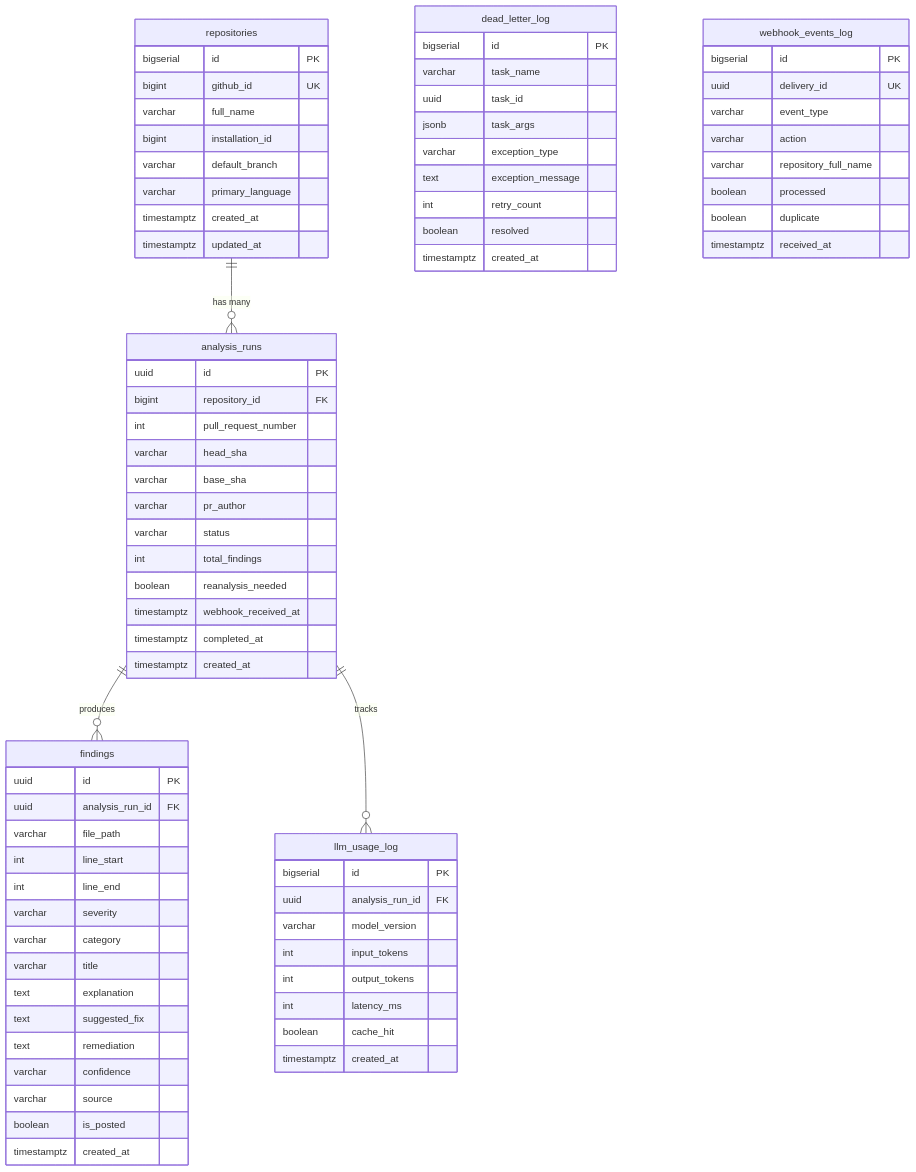
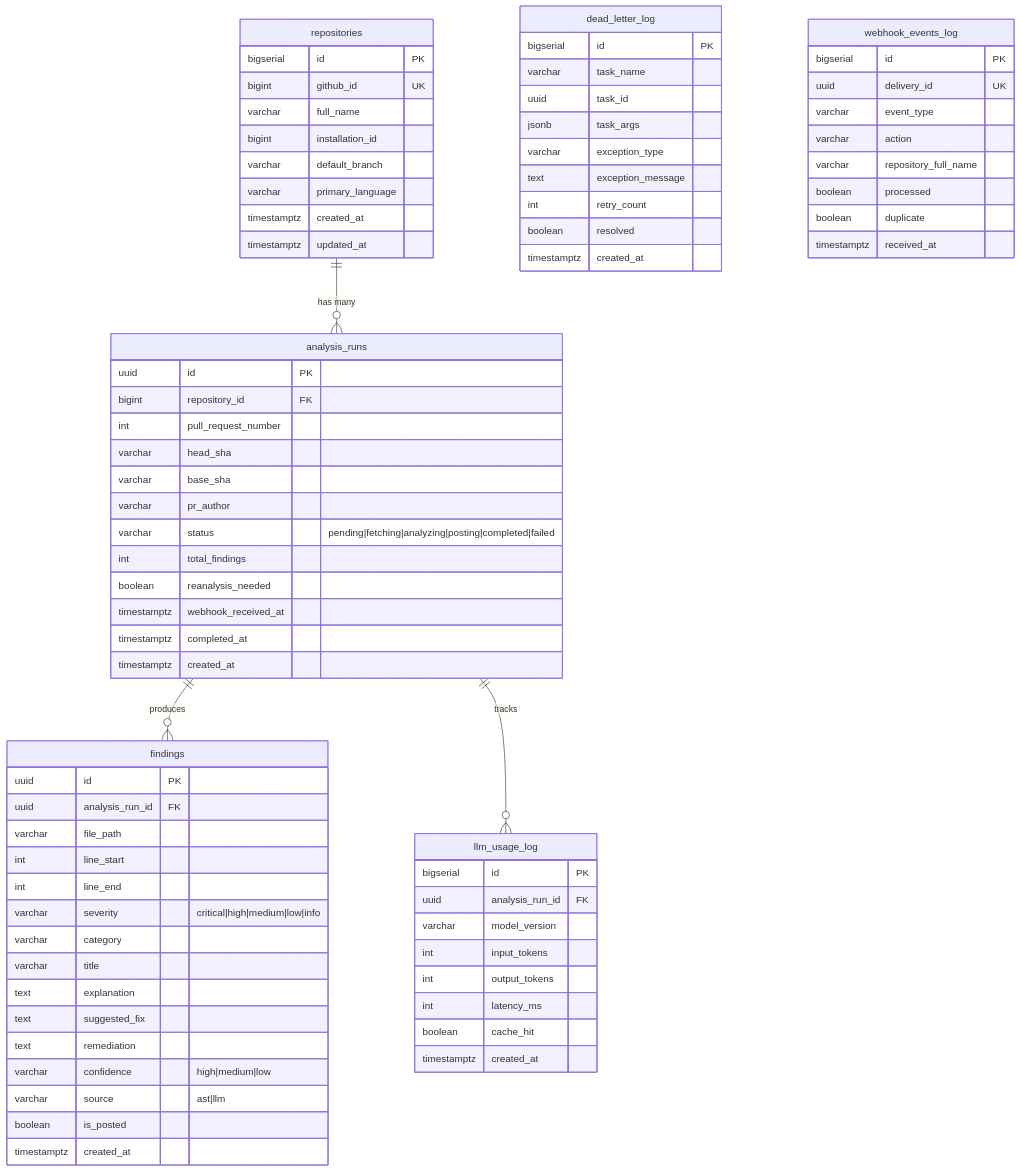
Before and after one commit to bearAtharv/codepulse-ai: the third of 3 diagrams in README.md, drawn with Mermaid. The commit also changed other lines of this file and 14 other files, not shown here.

```diff
--- a/README.md
+++ b/README.md
@@ -124,7 +124,7 @@
         varchar head_sha
         varchar base_sha
         varchar pr_author
-        varchar status
+        varchar status "pending|fetching|analyzing|posting|completed|failed"
         int total_findings
         boolean reanalysis_needed
         timestamptz webhook_received_at
@@ -138,14 +138,14 @@
         varchar file_path
         int line_start
         int line_end
-        varchar severity
+        varchar severity "critical|high|medium|low|info"
         varchar category
         varchar title
         text explanation
         text suggested_fix
         text remediation
-        varchar confidence
-        varchar source
+        varchar confidence "high|medium|low"
+        varchar source "ast|llm"
         boolean is_posted
         timestamptz created_at
     }
```
